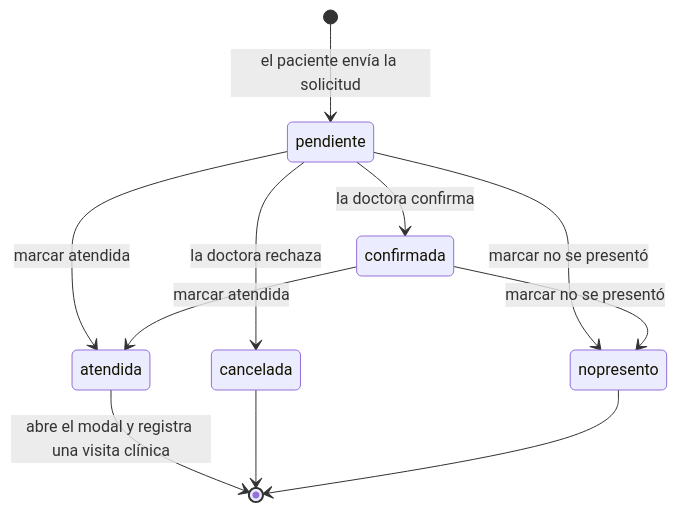
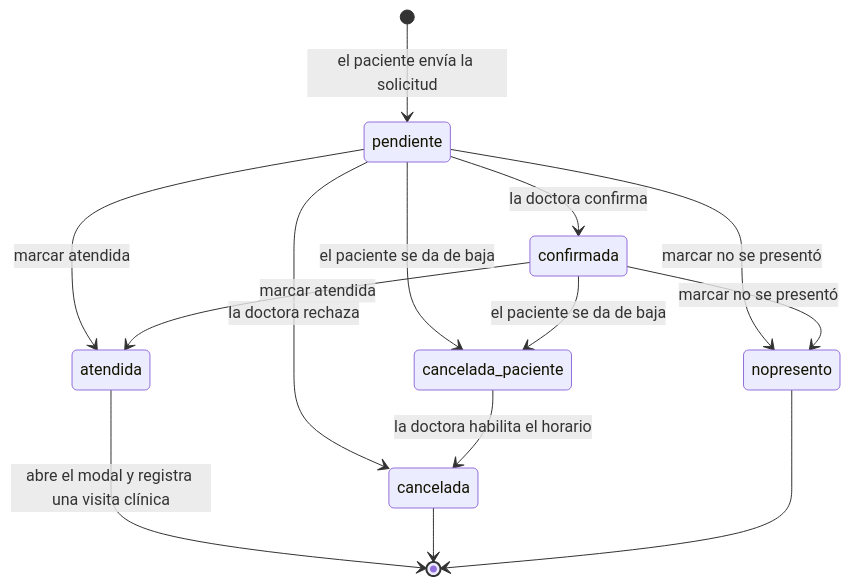
Before and after one commit to AngieH202/Proyecto_ISW2: the fifth of 6 diagrams in docs/arquitectura.md, drawn with Mermaid. The commit also changed other lines of this file and 12 other files, not shown here.

First line of the commit message:
feat: el paciente puede cancelar su cita y liberar el horario

````diff
--- a/docs/arquitectura.md
+++ b/docs/arquitectura.md
@@ -234,16 +234,20 @@
 ```mermaid
 stateDiagram-v2
     [*] --> pendiente : el paciente envía la solicitud
 
     pendiente --> confirmada : la doctora confirma
     pendiente --> cancelada : la doctora rechaza
+    pendiente --> cancelada_paciente : el paciente se da de baja
     pendiente --> atendida : marcar atendida
     pendiente --> nopresento : marcar no se presentó
 
     confirmada --> atendida : marcar atendida
     confirmada --> nopresento : marcar no se presentó
+    confirmada --> cancelada_paciente : el paciente se da de baja
+
+    cancelada_paciente --> cancelada : la doctora habilita el horario
 
     atendida --> [*] : abre el modal y registra una visita clínica
     cancelada --> [*]
     nopresento --> [*]
 ```
````
